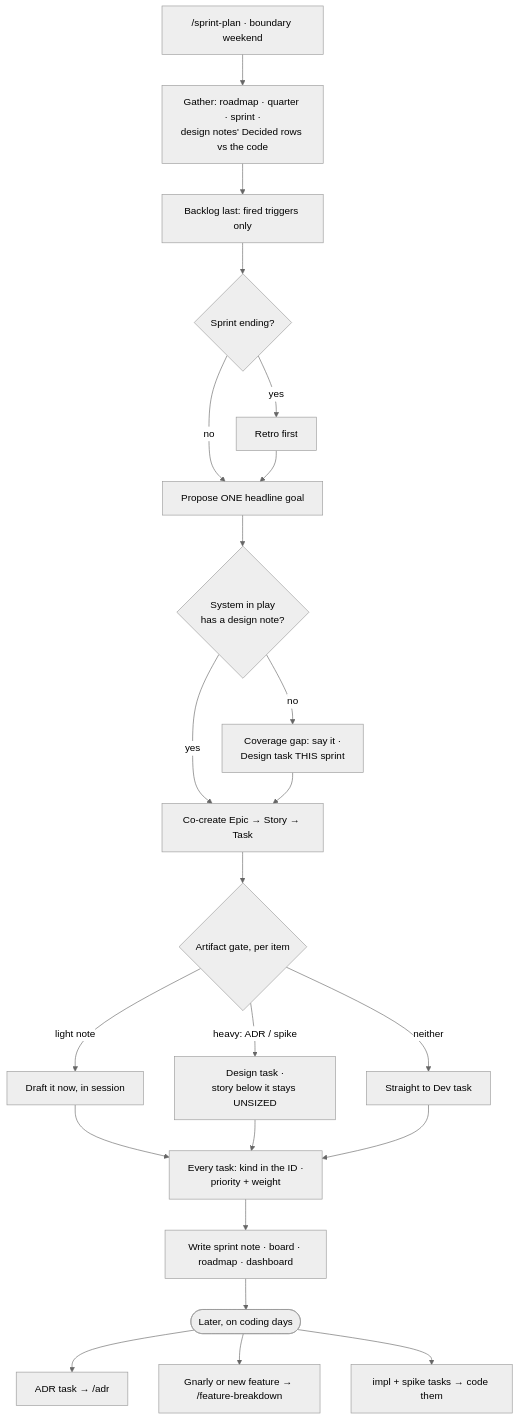
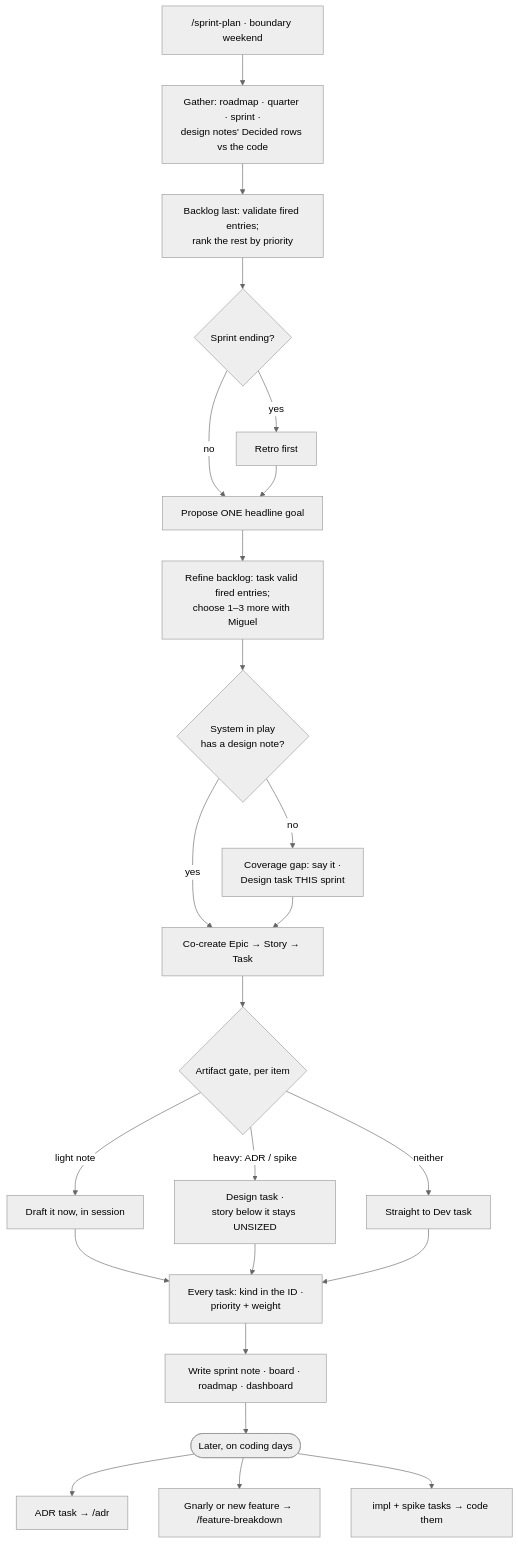
One commit to techattackteam/TechEngine-vault changed the diagram in 06 Sprints/Planning Workflow — Artifact Gate.md. Above: the diagram before and after it, drawn with Mermaid (neutral theme). The commit also changed other lines of this file and 6 other files, not shown here.

````diff
--- a/06 Sprints/Planning Workflow — Artifact Gate.md
+++ b/06 Sprints/Planning Workflow — Artifact Gate.md
@@ -320,25 +331,26 @@
 ```mermaid
 flowchart TD
     A["/sprint-plan · boundary weekend"] --> B["Gather: roadmap · quarter · sprint ·<br/>design notes' Decided rows vs the code"]
-    B --> B2["Backlog last: fired triggers only"]
+    B --> B2["Backlog last: validate fired entries;<br/>rank the rest by priority"]
     B2 --> C{"Sprint ending?"}
     C -->|yes| D["Retro first"]
     C -->|no| E["Propose ONE headline goal"]
     D --> E
-    E --> E2{"System in play<br/>has a design note?"}
+    E --> E1["Refine backlog: task valid fired entries;<br/>choose 1–3 more with Miguel"]
+    E1 --> E2{"System in play<br/>has a design note?"}
     E2 -->|no| E3["Coverage gap: say it ·<br/>Design task THIS sprint"]
     E2 -->|yes| F["Co-create Epic → Story → Task"]
     E3 --> F
     F --> G{"Artifact gate, per item"}
     G -->|light note| H["Draft it now, in session"]
     G -->|"heavy: ADR / spike"| I["Design task ·<br/>story below it stays UNSIZED"]
     G -->|neither| J["Straight to Dev task"]
     H --> K["Every task: kind in the ID ·<br/>priority + weight"]
     I --> K
     J --> K
     K --> L["Write sprint note · board · roadmap · dashboard"]
     L --> M(["Later, on coding days"])
     M --> N["ADR task → /adr"]
     M --> O["Gnarly or new feature → /feature-breakdown"]
     M --> P["impl + spike tasks → code them"]
 ```
````
